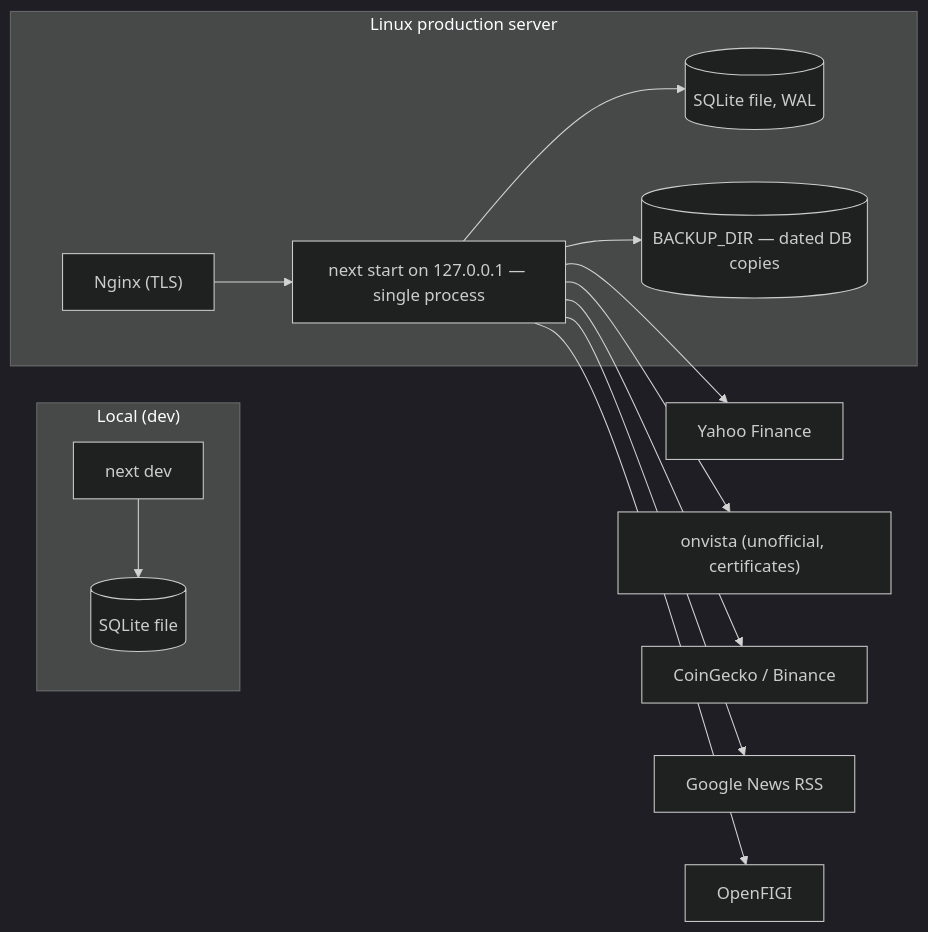
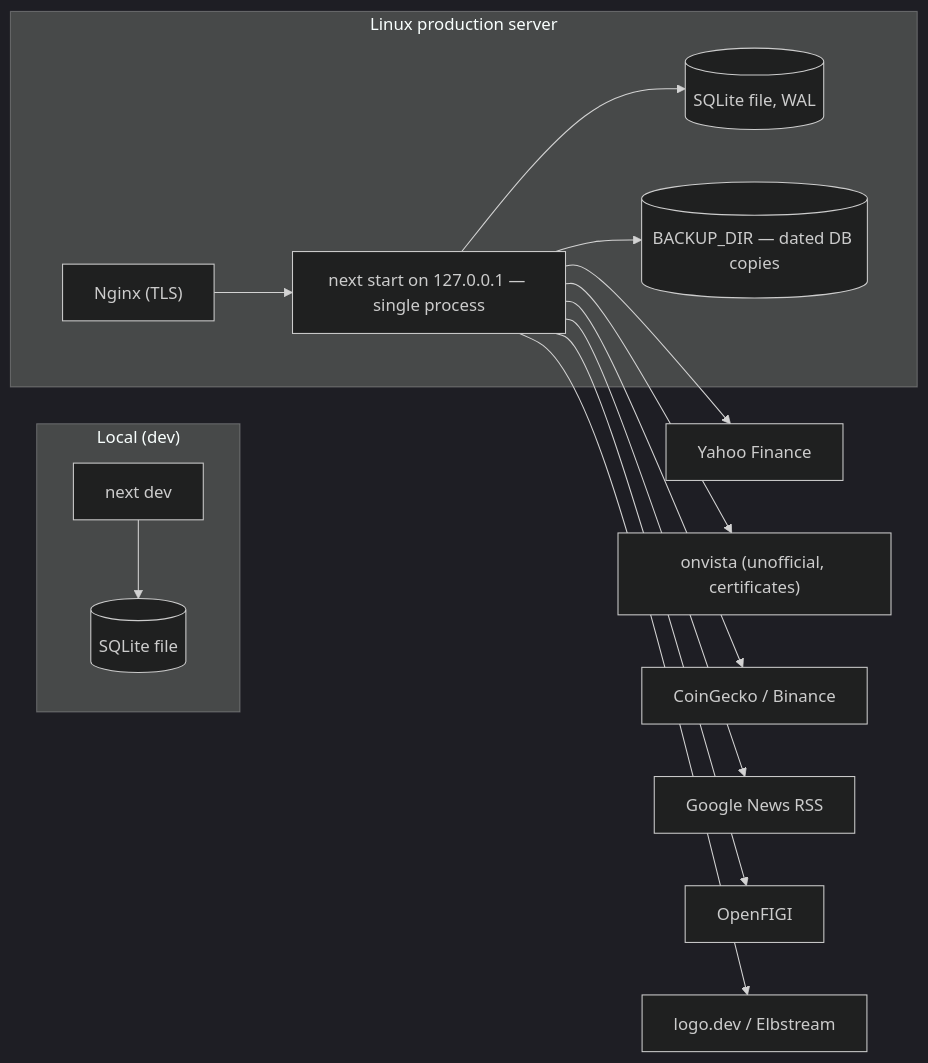
Before and after one commit to dreyer-thomas/DepotManagement: the third of 3 diagrams in _bmad-output/planning-artifacts/architecture/architecture-DepotManagement-2026-10-25/ARCHITECTURE-SPINE.md, drawn with Mermaid (dark theme). The commit also changed other lines of this file and 14 other files, not shown here.

First line of the commit message:
Add UX design (Minze) with mockups, logos in architecture and spec

````diff
--- a/_bmad-output/planning-artifacts/architecture/architecture-DepotManagement-2026-10-25/ARCHITECTURE-SPINE.md
+++ b/_bmad-output/planning-artifacts/architecture/architecture-DepotManagement-2026-10-25/ARCHITECTURE-SPINE.md
@@ -224,16 +235,17 @@
 ```mermaid
 graph LR
   subgraph local["Local (dev)"]
     devapp["next dev"] --> devdb[("SQLite file")]
   end
   subgraph prod["Linux production server"]
     nginx["Nginx (TLS)"] --> app["next start on 127.0.0.1 — single process"]
     app --> proddb[("SQLite file, WAL")]
     app --> backups[("BACKUP_DIR — dated DB copies")]
   end
   app --> yahoo["Yahoo Finance"]
   app --> onvista["onvista (unofficial, certificates)"]
   app --> crypto["CoinGecko / Binance"]
   app --> gnews["Google News RSS"]
   app --> figi["OpenFIGI"]
+  app --> logo["logo.dev / Elbstream"]
 ```
````
